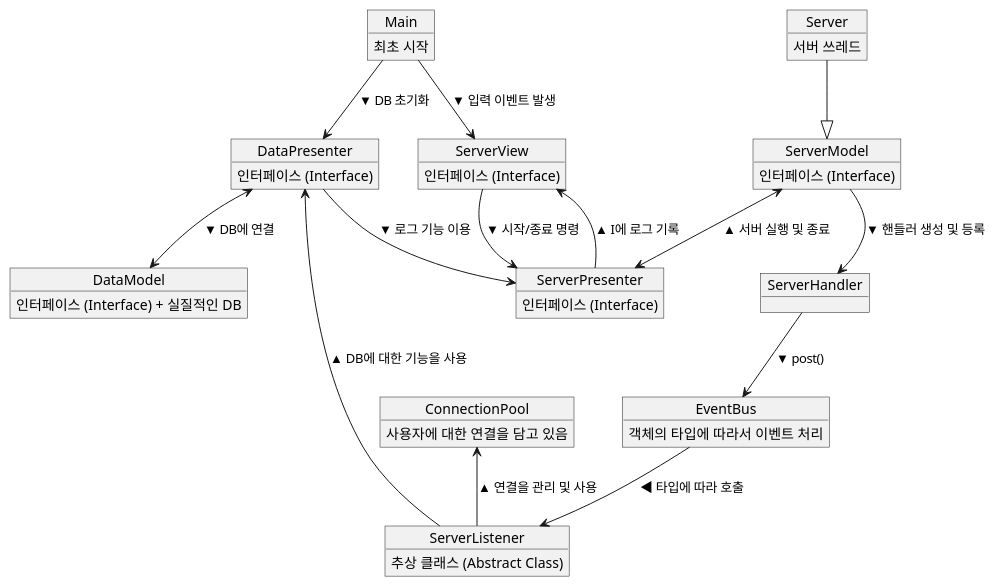
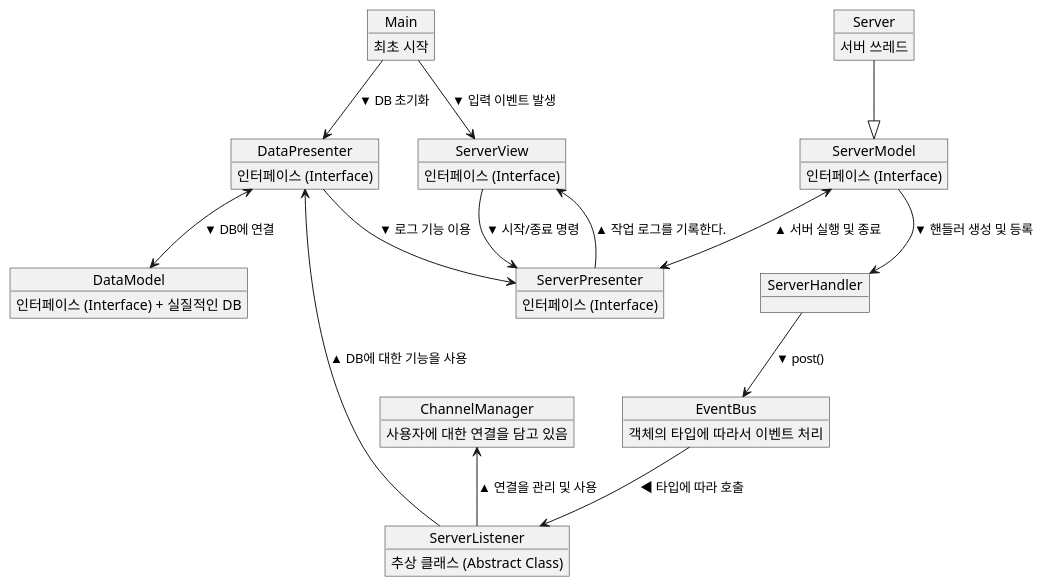
One commit to rlaehd62/Telestration changed the diagram in Server/설계/서버 SW.puml. Above: the diagram before and after it, drawn with PlantUML. The commit also changed 8 other files, not shown here.

```diff
--- a/Server/설계/서버 SW.puml
+++ b/Server/설계/서버 SW.puml
@@ -1,45 +1,45 @@
 @startuml
 
 object Main
 object ServerPresenter
 object ServerModel
 object ServerView
 object Server
 object ServerHandler
 object EventBus
 object ServerListener
 
 object DataPresenter
 object DataModel
-object ConnectionPool
+object ChannelManager
 
 Main : 최초 시작
 EventBus : 객체의 타입에 따라서 이벤트 처리
 ServerPresenter : 인터페이스 (Interface)
 ServerView : 인터페이스 (Interface)
 ServerModel : 인터페이스 (Interface)
 DataPresenter : 인터페이스 (Interface)
 DataModel : 인터페이스 (Interface) + 실질적인 DB
 ServerListener : 추상 클래스 (Abstract Class)
 Server : 서버 쓰레드
-ConnectionPool : 사용자에 대한 연결을 담고 있음
+ChannelManager : 사용자에 대한 연결을 담고 있음
 
 
 Server --|> ServerModel
 
 Main --> ServerView : ▼ 입력 이벤트 발생
 Main --> DataPresenter : ▼ DB 초기화
 
-ServerView <-- ServerPresenter : ▲ I에 로그 기록
+ServerView <-- ServerPresenter : ▲ 작업 로그를 기록한다.
 ServerView --> ServerPresenter : ▼ 시작/종료 명령
 ServerModel <--> ServerPresenter : ▲ 서버 실행 및 종료
 ServerModel --> ServerHandler : ▼ 핸들러 생성 및 등록
 
 DataPresenter <--> DataModel : ▼ DB에 연결
 DataPresenter --> ServerPresenter : ▼ 로그 기능 이용
 
 ServerHandler --> EventBus : ▼ post()
 EventBus --> ServerListener : ◀ 타입에 따라 호출
 DataPresenter <-- ServerListener : ▲ DB에 대한 기능을 사용
-ConnectionPool <-- ServerListener : ▲ 연결을 관리 및 사용
+ChannelManager <-- ServerListener : ▲ 연결을 관리 및 사용
 @enduml
```
